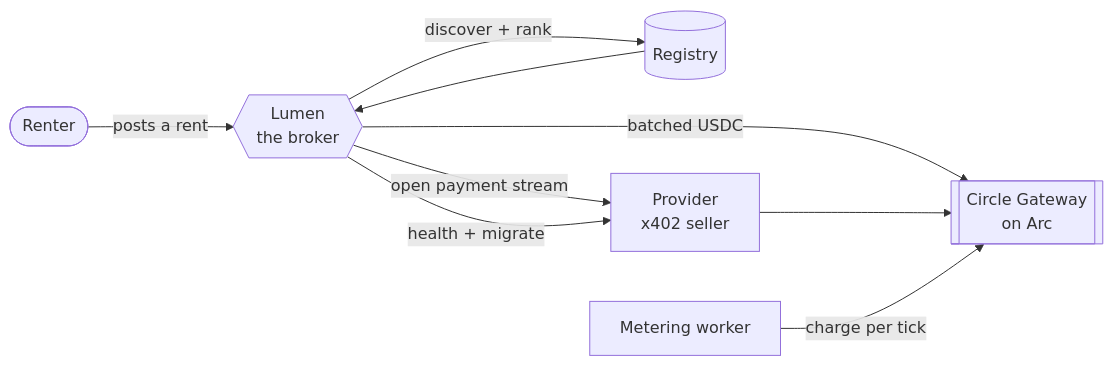
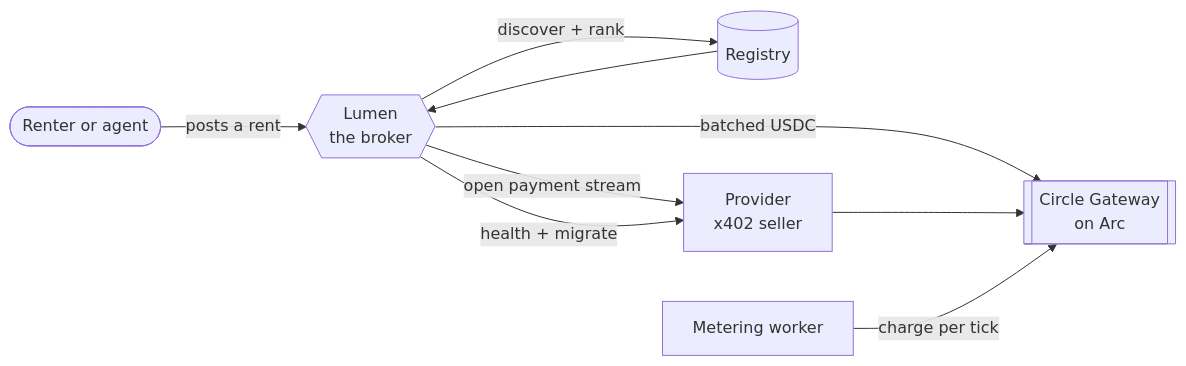
One commit to Jr-kenny/prime-compute changed the first of 3 diagrams in README.md. Above: the diagram before and after it, drawn with Mermaid. The commit also changed other lines of this file and 4 other files, not shown here.

````diff
--- a/README.md
+++ b/README.md
@@ -24,11 +26,11 @@
 ```mermaid
 flowchart LR
-  renter([Renter]) -->|"posts a rent"| lumen{{Lumen<br/>the broker}}
+  renter([Renter or agent]) -->|"posts a rent"| lumen{{Lumen<br/>the broker}}
   lumen -->|"discover + rank"| registry[(Registry)]
   registry --> lumen
   lumen -->|"open payment stream"| provider[Provider<br/>x402 seller]
   lumen -->|"batched USDC"| gateway[[Circle Gateway<br/>on Arc]]
   provider --> gateway
   worker[Metering worker] -->|"charge per tick"| gateway
   lumen -->|"health + migrate"| provider
 ```
````
